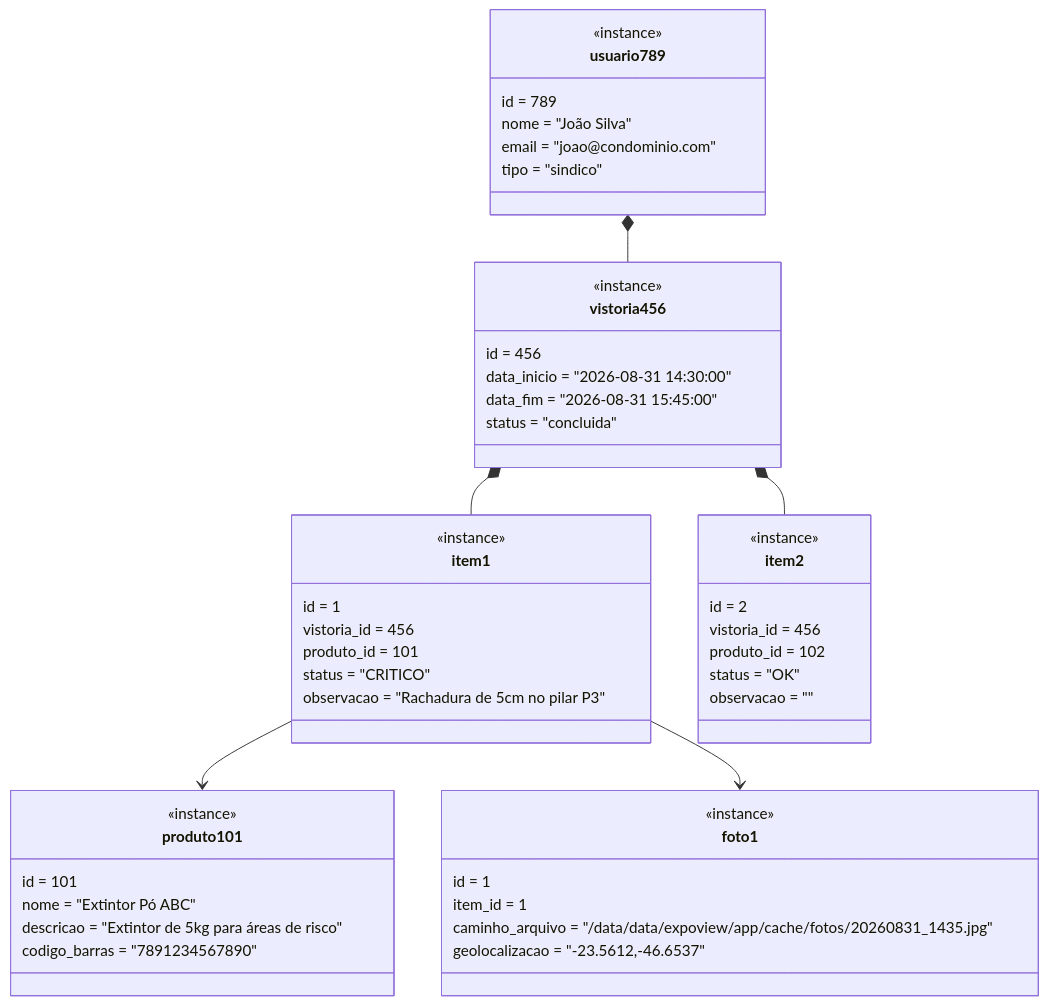
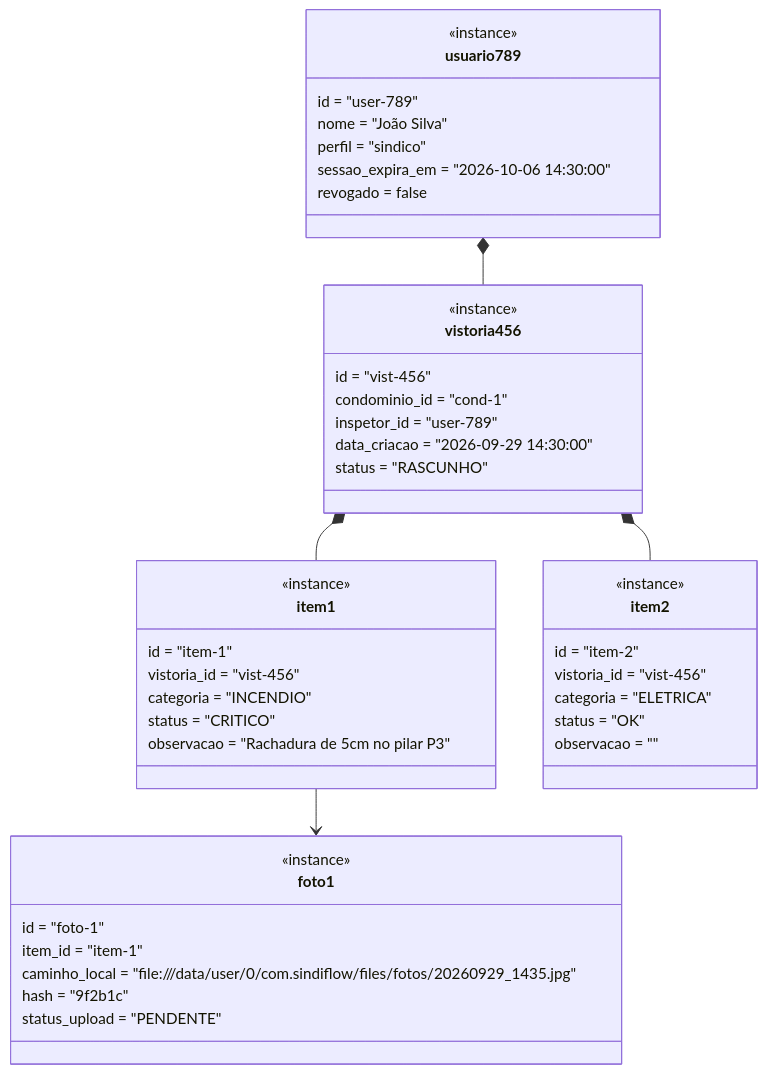
One commit to JpCobraC/SindiFlow changed the fourth of 9 diagrams in docs/documento-software.md. Above: the diagram before and after it, drawn with Mermaid. The commit also changed other lines of this file and 5 other files, not shown here.

````diff
--- a/docs/documento-software.md
+++ b/docs/documento-software.md
@@ -233,53 +470,48 @@
 ```mermaid
 classDiagram
     class vistoria456 {
         <<instance>>
-        id = 456
-        data_inicio = "2026-08-31 14:30:00"
-        data_fim = "2026-08-31 15:45:00"
-        status = "concluida"
+        id = "vist-456"
+        condominio_id = "cond-1"
+        inspetor_id = "user-789"
+        data_criacao = "2026-09-29 14:30:00"
+        status = "RASCUNHO"
     }
     class item1 {
         <<instance>>
-        id = 1
-        vistoria_id = 456
-        produto_id = 101
+        id = "item-1"
+        vistoria_id = "vist-456"
+        categoria = "INCENDIO"
         status = "CRITICO"
         observacao = "Rachadura de 5cm no pilar P3"
     }
     class item2 {
         <<instance>>
-        id = 2
-        vistoria_id = 456
-        produto_id = 102
+        id = "item-2"
+        vistoria_id = "vist-456"
+        categoria = "ELETRICA"
         status = "OK"
         observacao = ""
     }
     class foto1 {
         <<instance>>
-        id = 1
-        item_id = 1
-        caminho_arquivo = "/data/data/expoview/app/cache/fotos/20260831_1435.jpg"
-        geolocalizacao = "-23.5612,-46.6537"
-    }
-    class produto101 {
-        <<instance>>
-        id = 101
-        nome = "Extintor Pó ABC"
-        descricao = "Extintor de 5kg para áreas de risco"
-        codigo_barras = "7891234567890"
+        id = "foto-1"
+        item_id = "item-1"
+        caminho_local = "file:///data/user/0/com.sindiflow/files/fotos/20260929_1435.jpg"
+        hash = "9f2b1c"
+        status_upload = "PENDENTE"
     }
     class usuario789 {
         <<instance>>
-        id = 789
+        id = "user-789"
         nome = "João Silva"
-        email = "joao@condominio.com"
-        tipo = "sindico"
+        perfil = "sindico"
+        sessao_expira_em = "2026-10-06 14:30:00"
+        revogado = false
     }
 
     vistoria456 *-- item1
     vistoria456 *-- item2
-    item1 --> produto101
     usuario789 *-- vistoria456
     item1 --> foto1
 ```
````
